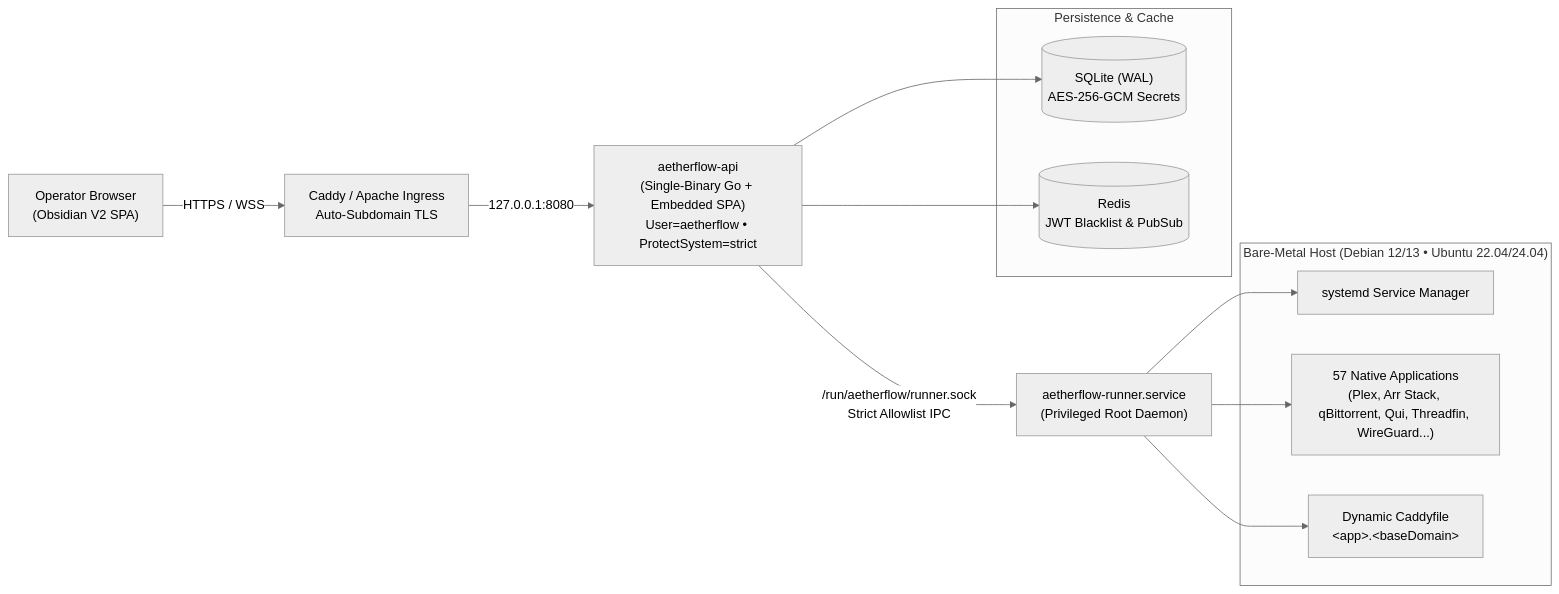
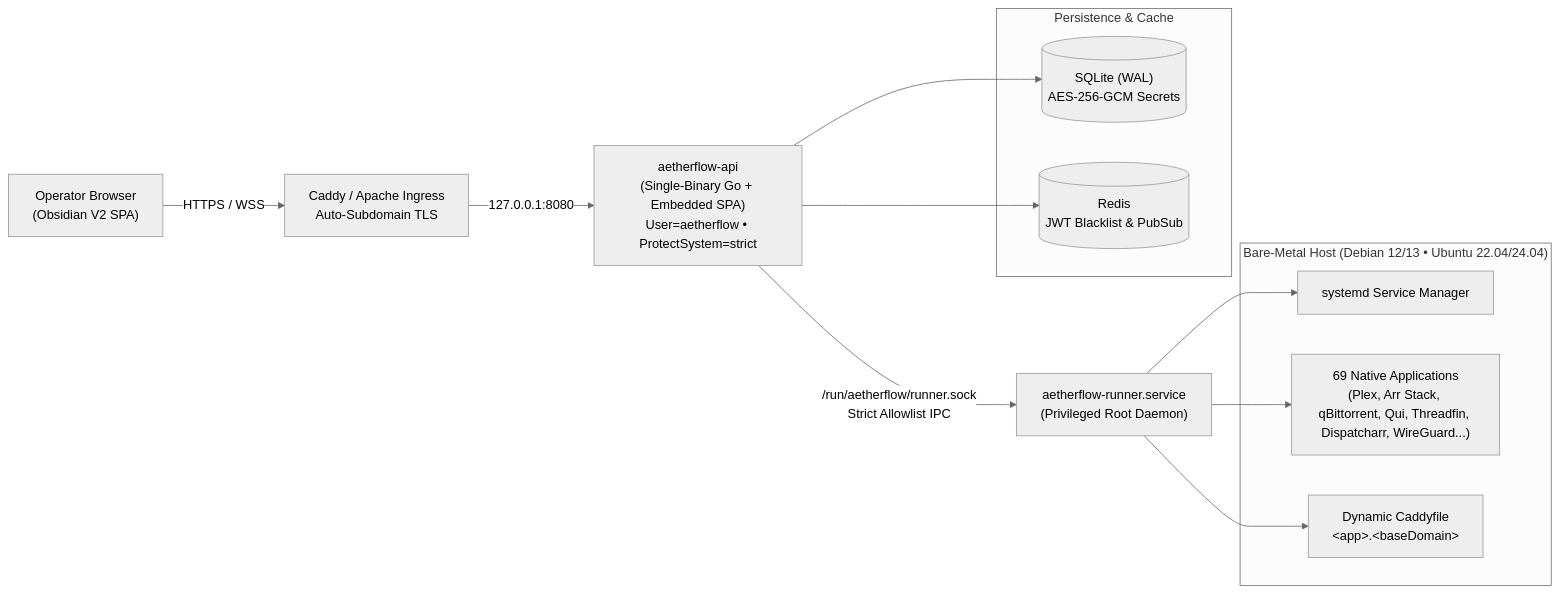
Before and after one commit to McEveritts/AetherFlow: the diagram in README.md, drawn with Mermaid (neutral theme). The commit also changed other lines of this file and 48 other files, not shown here.

Commit message:
feat(catalog): add 12 bare-metal applications (69-app catalog)

````diff
--- a/README.md
+++ b/README.md
@@ -53,25 +53,25 @@
 ```mermaid
 flowchart LR
     Operator["Operator Browser<br/>(Obsidian V2 SPA)"] -->|HTTPS / WSS| Ingress["Caddy / Apache Ingress<br/>Auto-Subdomain TLS"]
     Ingress -->|127.0.0.1:8080| API["aetherflow-api<br/>(Single-Binary Go + Embedded SPA)<br/>User=aetherflow • ProtectSystem=strict"]
 
     subgraph State["Persistence & Cache"]
         SQLite[("SQLite (WAL)<br/>AES-256-GCM Secrets")]
         Redis[("Redis<br/>JWT Blacklist & PubSub")]
     end
 
     API --> SQLite
     API --> Redis
 
     API -->|"/run/aetherflow/runner.sock"<br/>Strict Allowlist IPC| Runner["aetherflow-runner.service<br/>(Privileged Root Daemon)"]
 
     subgraph BareMetal["Bare-Metal Host (Debian 12/13 • Ubuntu 22.04/24.04)"]
         Systemd["systemd Service Manager"]
-        Catalog["57 Native Applications<br/>(Plex, Arr Stack, qBittorrent, Qui, Threadfin, WireGuard...)"]
+        Catalog["69 Native Applications<br/>(Plex, Arr Stack, qBittorrent, Qui, Threadfin, Dispatcharr, WireGuard...)"]
         CaddyRoutes["Dynamic Caddyfile<br/>&lt;app&gt;.&lt;baseDomain&gt;"]
     end
 
     Runner --> Systemd
     Runner --> Catalog
     Runner --> CaddyRoutes
 ```
````
